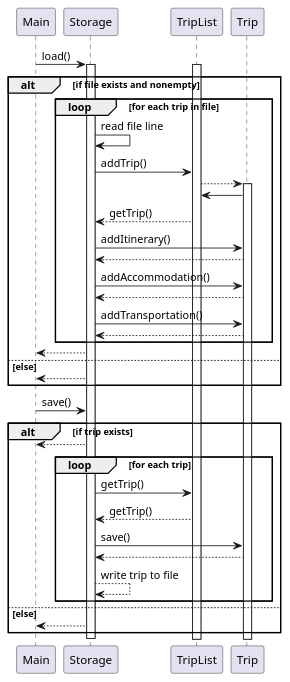
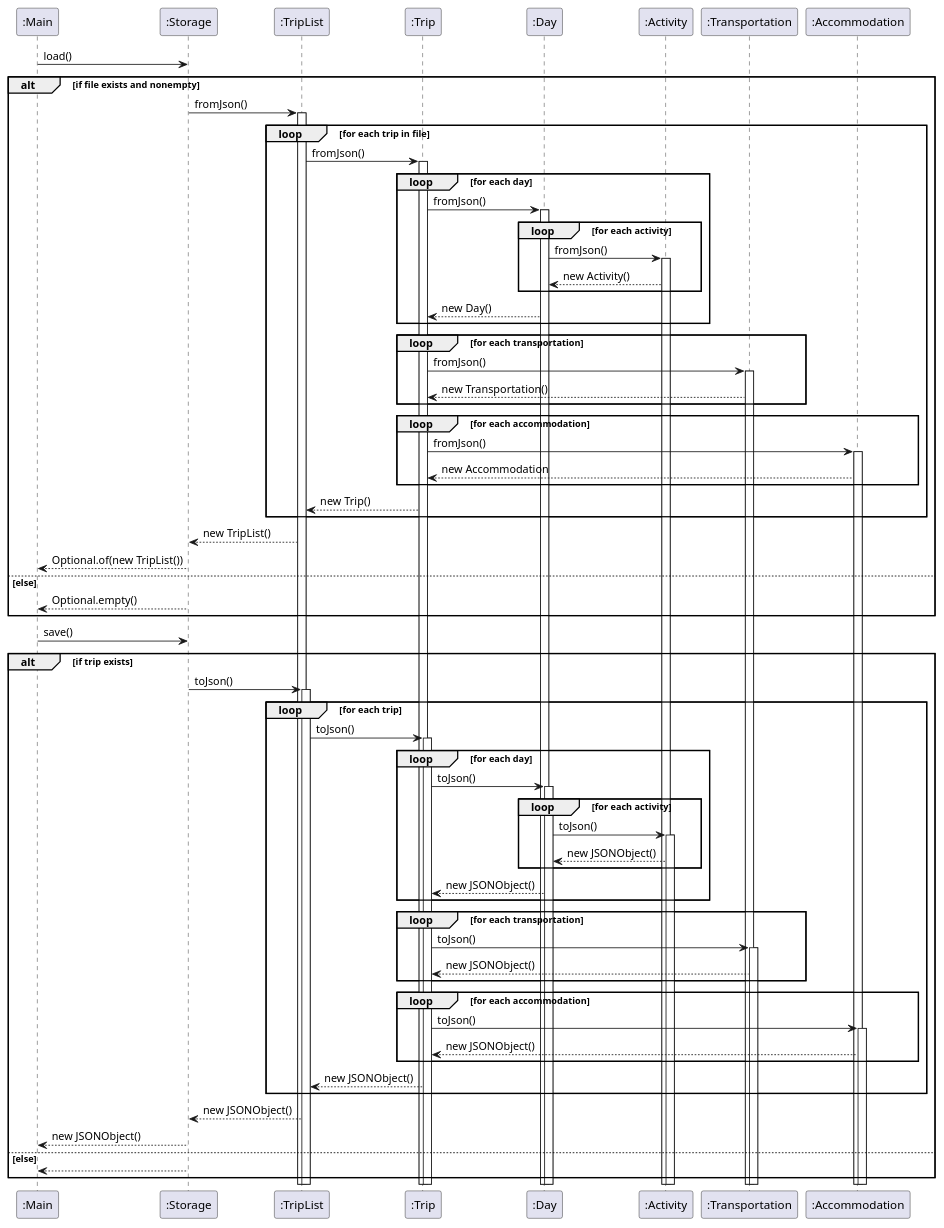
The diagram in docs/uml/storage.puml (je-nnyt/tp), drawn with PlantUML before and after one commit. The commit also changed 1 other file, not shown here.

Commit message:
Update storage uml with method name

```diff
--- a/docs/uml/storage.puml
+++ b/docs/uml/storage.puml
@@ -1,39 +1,80 @@
 @startuml
-Main -> Storage: load()
-activate Storage
-activate TripList
+participant Main as ":Main"
+participant Storage as ":Storage"
+participant TripList as ":TripList"
+participant Trip as ":Trip"
+participant Day as ":Day"
+participant Activity as ":Activity"
+participant Transportation as ":Transportation"
+participant Accommodation as ":Accommodation"
+
+Main -> Storage:load()
 alt if file exists and nonempty
-    loop for each trip in file
-        Storage -> Storage: read file line
-        Storage -> TripList: addTrip()
-        TripList --> Trip
-        activate Trip
-        Trip -> TripList
-        TripList --> Storage: getTrip()
-        Storage -> Trip: addItinerary()
-        Trip --> Storage
-        Storage -> Trip: addAccommodation()
-        Trip --> Storage
-        Storage -> Trip: addTransportation()
-        Trip --> Storage
-    end
-    Storage --> Main
+    Storage -> TripList: fromJson()
+    activate TripList
+        loop for each trip in file
+            TripList -> Trip: fromJson()
+            activate Trip
+            loop for each day
+                Trip -> Day: fromJson()
+                activate Day
+                loop for each activity
+                    Day -> Activity: fromJson()
+                    activate Activity
+                    Activity --> Day: new Activity()
+                end
+                Day --> Trip: new Day()
+            end
+            loop for each transportation
+                Trip -> Transportation: fromJson()
+                activate Transportation
+                Transportation --> Trip: new Transportation()
+            end
+            loop for each accommodation
+                Trip -> Accommodation: fromJson()
+                activate Accommodation
+                Accommodation --> Trip: new Accommodation
+            end
+            Trip --> TripList: new Trip()
+        end
+        TripList --> Storage: new TripList()
+    Storage --> Main: Optional.of(new TripList())
 else else
-Storage --> Main
+Storage --> Main: Optional.empty()
 end
 
 Main -> Storage: save()
 alt if trip exists
-Storage --> Main
-loop for each trip
-    Storage -> TripList: getTrip()
-    TripList --> Storage: getTrip()
-    Storage -> Trip: save()
-    Trip --> Storage
-    Storage --> Storage: write trip to file
-end
+Storage -> TripList: toJson()
+activate TripList
+    loop for each trip
+        TripList -> Trip: toJson()
+        activate Trip
+        loop for each day
+            Trip -> Day: toJson()
+            activate Day
+            loop for each activity
+                Day -> Activity: toJson()
+                activate Activity
+                Activity --> Day: new JSONObject()
+            end
+            Day --> Trip: new JSONObject()
+        end
+        loop for each transportation
+            Trip -> Transportation: toJson()
+            activate Transportation
+            Transportation --> Trip: new JSONObject()
+        end
+        loop for each accommodation
+            Trip -> Accommodation: toJson()
+            activate Accommodation
+            Accommodation --> Trip: new JSONObject()
+        end
+        Trip --> TripList: new JSONObject()
+    end
+    TripList --> Storage: new JSONObject()
+Storage --> Main: new JSONObject()
 else else
 Storage --> Main
 end
-deactivate Storage
 @enduml
```
